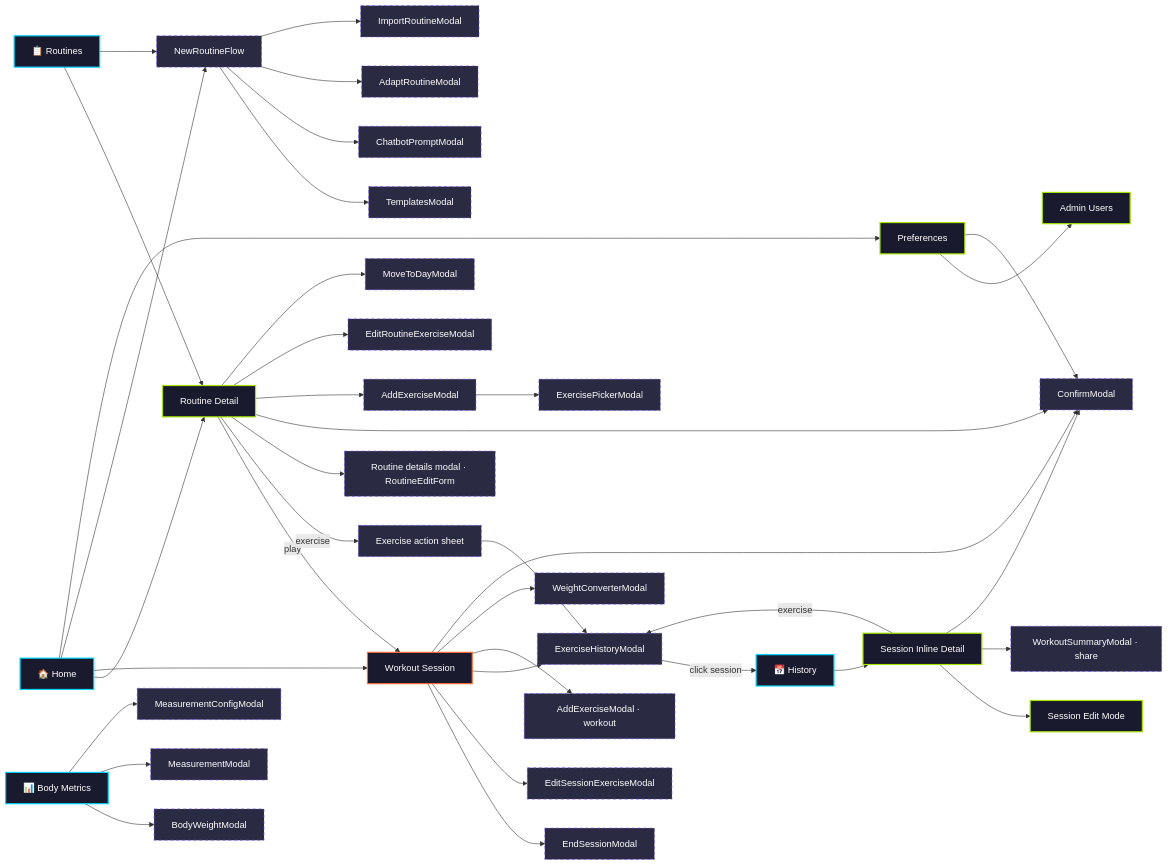
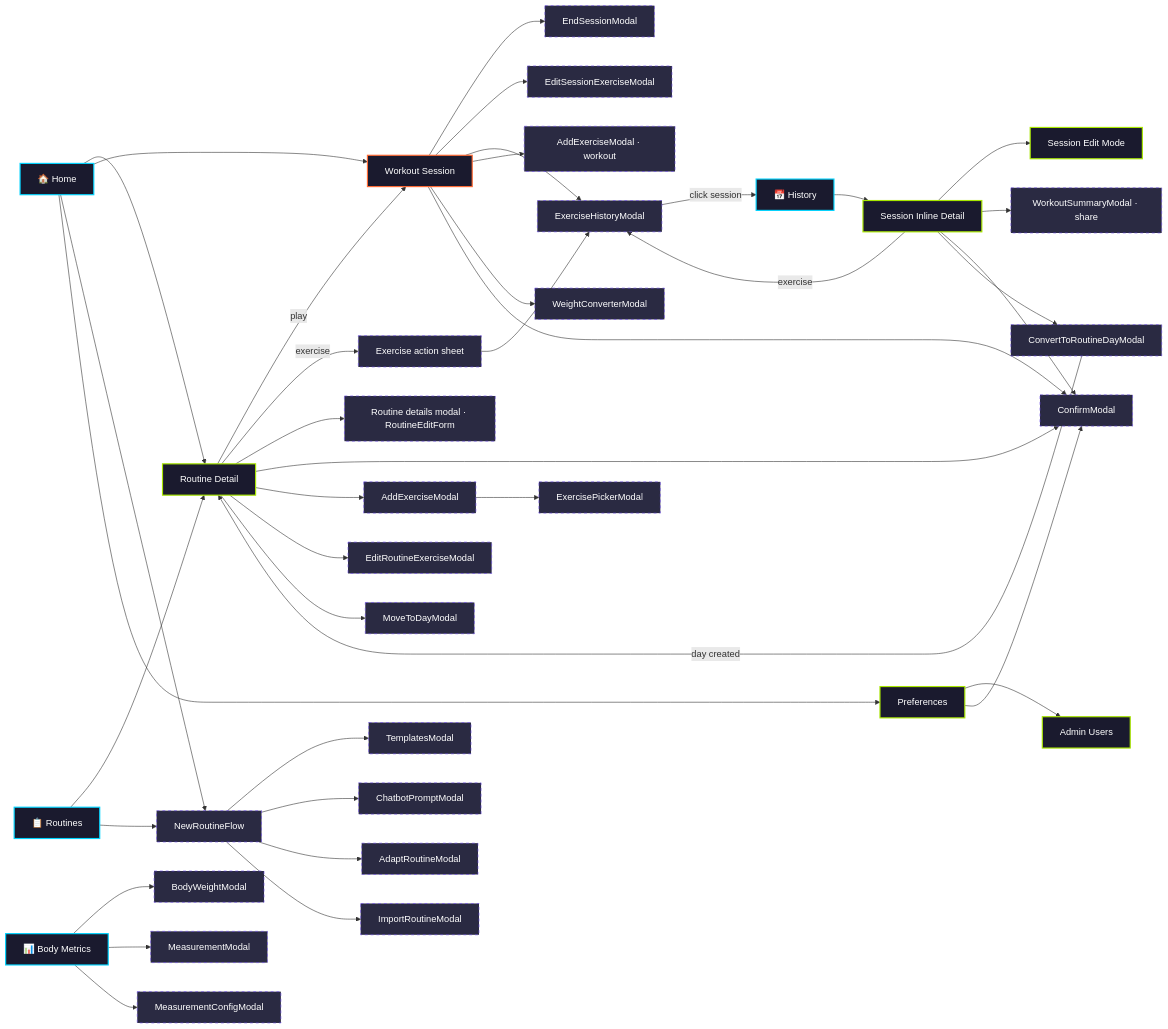
The diagram in docs/navigation-flow.md (serlox-hub/gym-routine-page), drawn with Mermaid before and after one commit. The commit also changed 31 other files, not shown here.

First line of the commit message:
feat: convert session to routine day (#116) (#118)

````diff
--- a/docs/navigation-flow.md
+++ b/docs/navigation-flow.md
@@ -3,74 +3,76 @@
 ```mermaid
 flowchart LR
     classDef page fill:#1a1a2e,stroke:#A8E600,color:#fff,stroke-width:2px
     classDef tab fill:#1a1a2e,stroke:#00D4FF,color:#fff,stroke-width:2px
     classDef modal fill:#2a2a42,stroke:#6B4AE8,color:#fff,stroke-width:1px,stroke-dasharray:5
     classDef overlay fill:#1a1a2e,stroke:#FF6B35,color:#fff,stroke-width:2px
 
     %% ============ TABS (entry points) ============
     HOME["🏠 Home"]:::tab
     ROUTINES["📋 Routines"]:::tab
     HISTORY["📅 History"]:::tab
     BODY["📊 Body Metrics"]:::tab
 
     %% ============ SHARED COMPONENTS ============
     EXERCISE_HISTORY_MODAL["ExerciseHistoryModal"]:::modal
     NEW_ROUTINE_FLOW["NewRoutineFlow"]:::modal
     WORKOUT_SESSION["Workout Session"]:::overlay
     CONFIRM_MODAL["ConfirmModal"]:::modal
 
     %% ============ HOME ============
     HOME --> ROUTINE_DETAIL
     HOME --> WORKOUT_SESSION
     HOME --> NEW_ROUTINE_FLOW
     HOME --> PREFERENCES["Preferences"]:::page
     PREFERENCES --> ADMIN["Admin Users"]:::page
     PREFERENCES --> CONFIRM_MODAL
 
     %% ============ ROUTINES ============
     ROUTINES --> ROUTINE_DETAIL
     ROUTINES --> NEW_ROUTINE_FLOW
 
     %% ============ NEW ROUTINE FLOW ============
     NEW_ROUTINE_FLOW --> TEMPLATES["TemplatesModal"]:::modal
     NEW_ROUTINE_FLOW --> CHATBOT["ChatbotPromptModal"]:::modal
     NEW_ROUTINE_FLOW --> ADAPT["AdaptRoutineModal"]:::modal
     NEW_ROUTINE_FLOW --> IMPORT["ImportRoutineModal"]:::modal
 
     %% ============ ROUTINE DETAIL ============
     ROUTINE_DETAIL["Routine Detail"]:::page
     ROUTINE_DETAIL -->|"play"| WORKOUT_SESSION
     ROUTINE_DETAIL -->|"exercise"| EXERCISE_ACTIONS["Exercise action sheet"]:::modal
     EXERCISE_ACTIONS --> EXERCISE_HISTORY_MODAL
     ROUTINE_DETAIL --> ROUTINE_DETAILS_FORM["Routine details modal · RoutineEditForm"]:::modal
     ROUTINE_DETAIL --> CONFIRM_MODAL
 
     ROUTINE_DETAIL --> ADD_EXERCISE_MODAL["AddExerciseModal"]:::modal
     ROUTINE_DETAIL --> EDIT_RE["EditRoutineExerciseModal"]:::modal
     ROUTINE_DETAIL --> MOVE_DAY["MoveToDayModal"]:::modal
     ADD_EXERCISE_MODAL --> EXERCISE_PICKER["ExercisePickerModal"]:::modal
 
     %% ============ WORKOUT SESSION ============
     WORKOUT_SESSION --> END_SESSION["EndSessionModal"]:::modal
     WORKOUT_SESSION --> EDIT_SE["EditSessionExerciseModal"]:::modal
     WORKOUT_SESSION --> EXERCISE_HISTORY_MODAL
     WORKOUT_SESSION --> ADD_EX_W["AddExerciseModal · workout"]:::modal
     WORKOUT_SESSION --> WEIGHT_CONV["WeightConverterModal"]:::modal
     WORKOUT_SESSION --> CONFIRM_MODAL
 
     %% ============ EXERCISE HISTORY MODAL ============
     EXERCISE_HISTORY_MODAL -->|"click session"| HISTORY
 
     %% ============ HISTORY ============
     HISTORY --> SESSION_DETAIL["Session Inline Detail"]:::page
     SESSION_DETAIL -->|"exercise"| EXERCISE_HISTORY_MODAL
     SESSION_DETAIL --> SESSION_EDIT["Session Edit Mode"]:::page
     SESSION_DETAIL --> SUMMARY_H["WorkoutSummaryModal · share"]:::modal
     SESSION_DETAIL --> CONFIRM_MODAL
+    SESSION_DETAIL --> CONVERT_DAY["ConvertToRoutineDayModal"]:::modal
+    CONVERT_DAY -->|"day created"| ROUTINE_DETAIL
 
     %% ============ BODY METRICS ============
     BODY --> WEIGHT_MODAL["BodyWeightModal"]:::modal
     BODY --> MEASUREMENT["MeasurementModal"]:::modal
     BODY --> MEAS_CONFIG["MeasurementConfigModal"]:::modal
 
 ```
````
